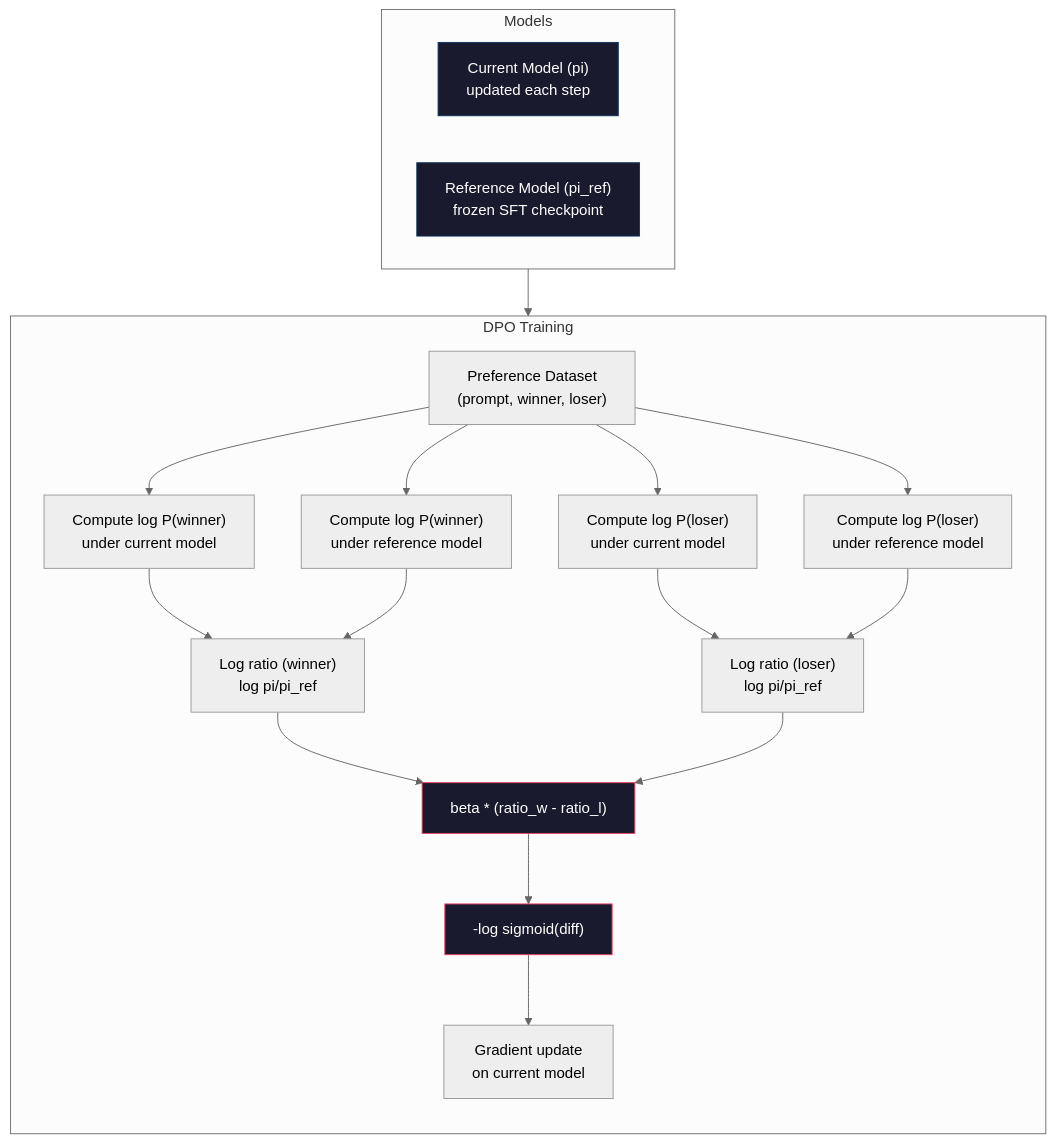
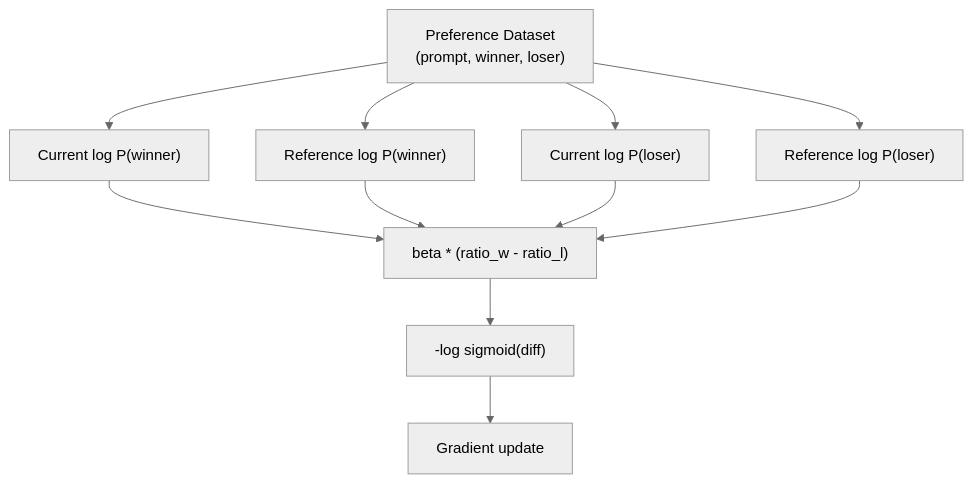
One commit to ChoBazzi/ai-engineering-from-scratch changed the diagram in phases/10-llms-from-scratch/08-dpo/docs/en.md. Above: the diagram before and after it, drawn with Mermaid (neutral theme). The commit also changed other lines of this file and 868 other files, not shown here.

````diff
--- a/phases/10-llms-from-scratch/08-dpo/docs/en.md
+++ b/phases/10-llms-from-scratch/08-dpo/docs/en.md
@@ -83,33 +64,13 @@
 ```mermaid
 graph TD
-    subgraph DPO["DPO Training"]
-        direction TB
-        D["Preference Dataset\n(prompt, winner, loser)"] --> P1["Compute log P(winner)\nunder current model"]
-        D --> P2["Compute log P(loser)\nunder current model"]
-        D --> R1["Compute log P(winner)\nunder reference model"]
-        D --> R2["Compute log P(loser)\nunder reference model"]
-
-        P1 --> RATIO_W["Log ratio (winner)\nlog pi/pi_ref"]
-        R1 --> RATIO_W
-        P2 --> RATIO_L["Log ratio (loser)\nlog pi/pi_ref"]
-        R2 --> RATIO_L
-
-        RATIO_W --> DIFF["beta * (ratio_w - ratio_l)"]
-        RATIO_L --> DIFF
-
-        DIFF --> LOSS["-log sigmoid(diff)"]
-        LOSS --> UPDATE["Gradient update\non current model"]
-    end
-
-    subgraph Models["Models"]
-        PI["Current Model (pi)\nupdated each step"]
-        REF["Reference Model (pi_ref)\nfrozen SFT checkpoint"]
-    end
-
-    Models --> DPO
-
-    style PI fill:#1a1a2e,stroke:#0f3460,color:#fff
-    style REF fill:#1a1a2e,stroke:#0f3460,color:#fff
-    style LOSS fill:#1a1a2e,stroke:#e94560,color:#fff
-    style DIFF fill:#1a1a2e,stroke:#e94560,color:#fff
+    D["Preference Dataset\n(prompt, winner, loser)"] --> CW["Current log P(winner)"]
+    D --> CL["Current log P(loser)"]
+    D --> RW["Reference log P(winner)"]
+    D --> RL["Reference log P(loser)"]
+    CW --> DIFF["beta * (ratio_w - ratio_l)"]
+    RW --> DIFF
+    CL --> DIFF
+    RL --> DIFF
+    DIFF --> LOSS["-log sigmoid(diff)"]
+    LOSS --> UPDATE["Gradient update"]
 ```
````
